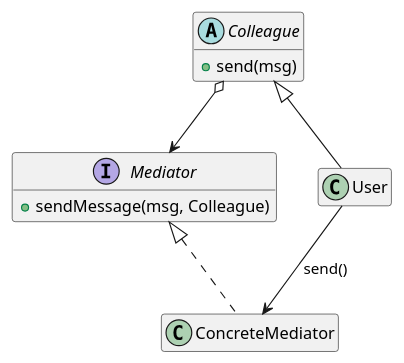
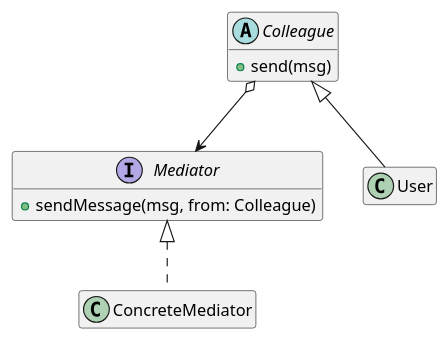
The second of 9 diagrams in class/amss2025/curs/11-patterns-reloaded.md (traiansf/traiansf.github.io), drawn with PlantUML before and after one commit. The commit also changed other lines of this file and 3 other files, not shown here.

````diff
--- a/class/amss2025/curs/11-patterns-reloaded.md
+++ b/class/amss2025/curs/11-patterns-reloaded.md
@@ -280,19 +295,17 @@
 ```plantuml
 @startuml
 hide empty members
 interface Mediator {
-    +sendMessage(msg, Colleague)
+    +sendMessage(msg, from: Colleague)
 }
 
 abstract class Colleague {
     +send(msg)
 }
 
 class ConcreteMediator implements Mediator
 class User extends Colleague
 
 Colleague o--> Mediator
-
-User --> ConcreteMediator : send()
 @enduml
 ```
````
